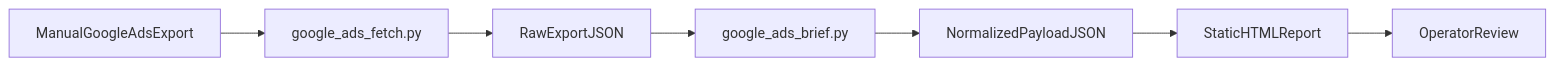
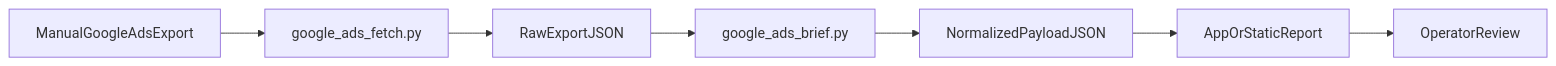
One commit to 5hirish/duct changed the diagram in docs/mvp/google-ads-mvp-plan.md. Above: the diagram before and after it, drawn with Mermaid. The commit also changed other lines of this file and 42 other files, not shown here.

````diff
--- a/docs/mvp/google-ads-mvp-plan.md
+++ b/docs/mvp/google-ads-mvp-plan.md
@@ -90,9 +93,9 @@
 ```mermaid
 flowchart LR
 exportData[ManualGoogleAdsExport] --> fetch[google_ads_fetch.py]
 fetch --> rawJson[RawExportJSON]
 rawJson --> normalize[google_ads_brief.py]
 normalize --> payload[NormalizedPayloadJSON]
-payload --> render[StaticHTMLReport]
+payload --> render[AppOrStaticReport]
 render --> review[OperatorReview]
 ```
````
